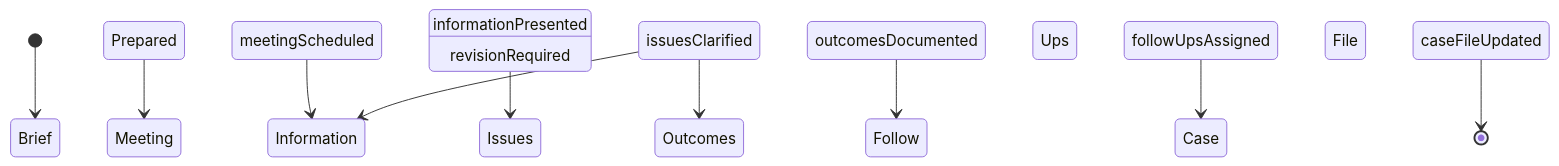
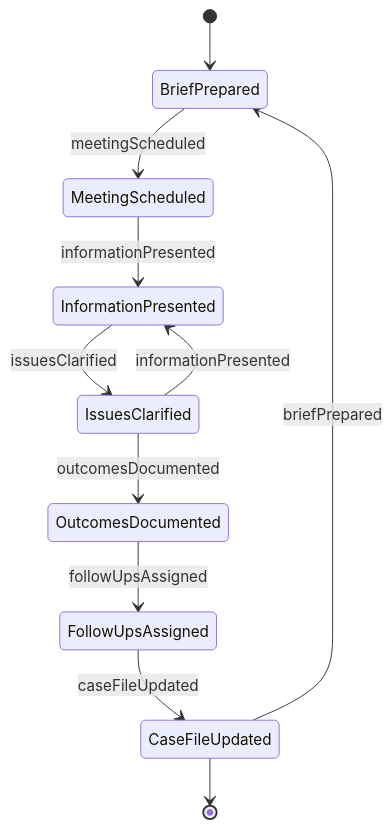
Before and after one commit to dot-org-ai/tasks.org.ai: the second of 4 diagrams in CommunicatingWithSupervisorsPeersOrSubordinates/DiscussLegalMattersWithClientsDisputantsOrLegalProfessionalsOrStaff/MeetIndividualsInvolvedLegalProcesses.mdx, drawn with Mermaid. The commit also changed other lines of this file and 515 other files, not shown here.

````diff
--- a/CommunicatingWithSupervisorsPeersOrSubordinates/DiscussLegalMattersWithClientsDisputantsOrLegalProfessionalsOrStaff/MeetIndividualsInvolvedLegalProcesses.mdx
+++ b/CommunicatingWithSupervisorsPeersOrSubordinates/DiscussLegalMattersWithClientsDisputantsOrLegalProfessionalsOrStaff/MeetIndividualsInvolvedLegalProcesses.mdx
@@ -99,12 +99,13 @@
 ```mermaid
 stateDiagram-v2
-    [*] --> Brief Prepared
-    Brief Prepared --> Meeting Scheduled : meetingScheduled
-    Meeting Scheduled --> Information Presented : informationPresented
-    Information Presented --> Issues Clarified : issuesClarified
-    Issues Clarified --> Outcomes Documented : outcomesDocumented
-    Outcomes Documented --> Follow Ups Assigned : followUpsAssigned
-    Follow Ups Assigned --> Case File Updated : caseFileUpdated
-    Issues Clarified --> Information Presented : revisionRequired
-    Case File Updated --> [*]
+    [*] --> BriefPrepared
+    BriefPrepared --> MeetingScheduled : meetingScheduled
+    MeetingScheduled --> InformationPresented : informationPresented
+    InformationPresented --> IssuesClarified : issuesClarified
+    IssuesClarified --> OutcomesDocumented : outcomesDocumented
+    OutcomesDocumented --> FollowUpsAssigned : followUpsAssigned
+    FollowUpsAssigned --> CaseFileUpdated : caseFileUpdated
+    IssuesClarified --> InformationPresented : informationPresented
+    CaseFileUpdated --> BriefPrepared : briefPrepared
+    CaseFileUpdated --> [*]
 ```
````
